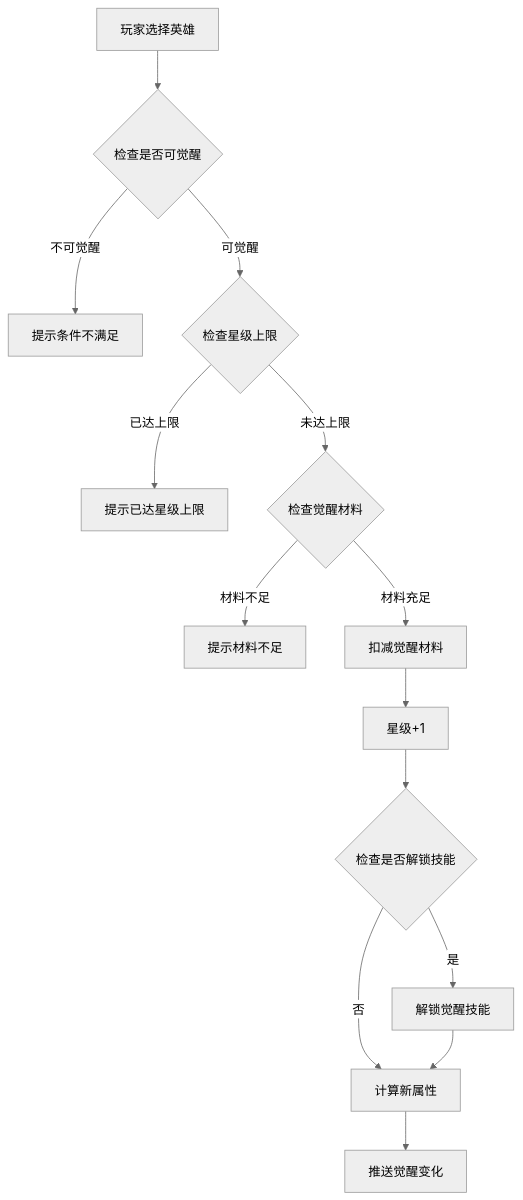
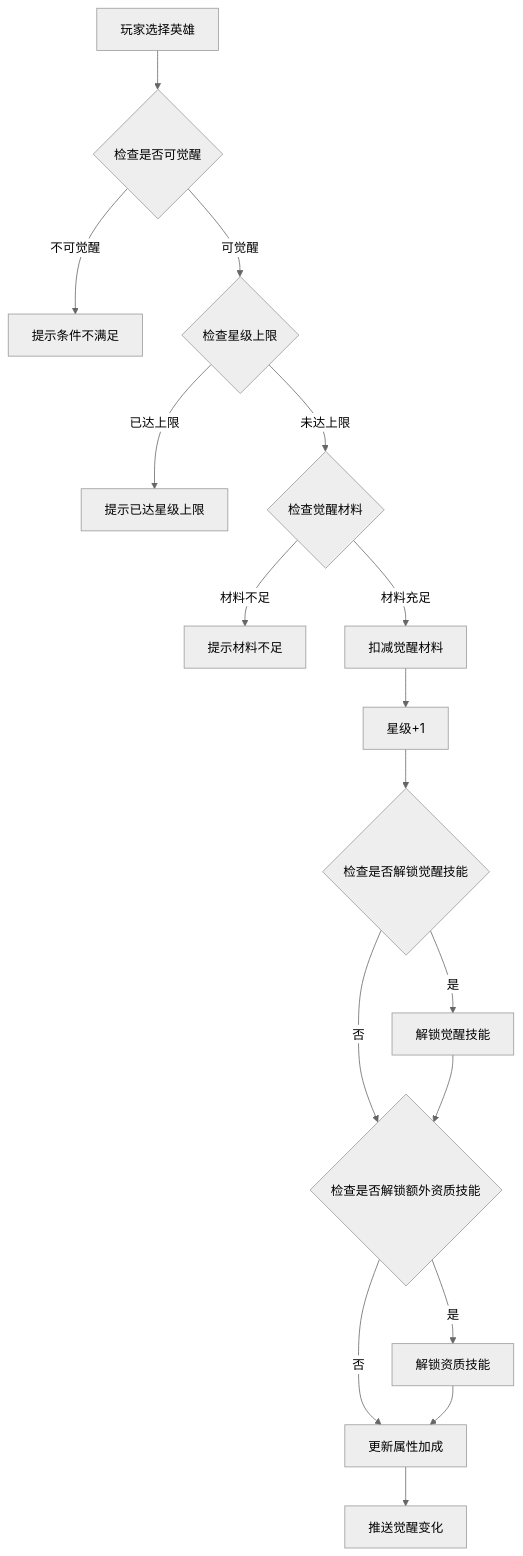
The fourth of 7 diagrams in docs/Module_Hero/05_完整说明.md (Alan-Ben/k2c_game_framework), drawn with Mermaid (neutral theme) before and after one commit. The commit also changed other lines of this file and 75 other files, not shown here.

````diff
--- a/docs/Module_Hero/05_完整说明.md
+++ b/docs/Module_Hero/05_完整说明.md
@@ -164,16 +217,19 @@
 ```mermaid
 flowchart TD
     A[玩家选择英雄] --> B{检查是否可觉醒}
     B -->|不可觉醒| C[提示条件不满足]
     B -->|可觉醒| D{检查星级上限}
     D -->|已达上限| E[提示已达星级上限]
     D -->|未达上限| F{检查觉醒材料}
     F -->|材料不足| G[提示材料不足]
     F -->|材料充足| H[扣减觉醒材料]
     H --> I[星级+1]
-    I --> J{检查是否解锁技能}
+    I --> J{检查是否解锁觉醒技能}
     J -->|是| K[解锁觉醒技能]
-    J -->|否| L[计算新属性]
+    J -->|否| L{检查是否解锁额外资质技能}
     K --> L
-    L --> M[推送觉醒变化]
+    L -->|是| M[解锁资质技能]
+    L -->|否| N[更新属性加成]
+    M --> N
+    N --> O[推送觉醒变化]
 ```
````
